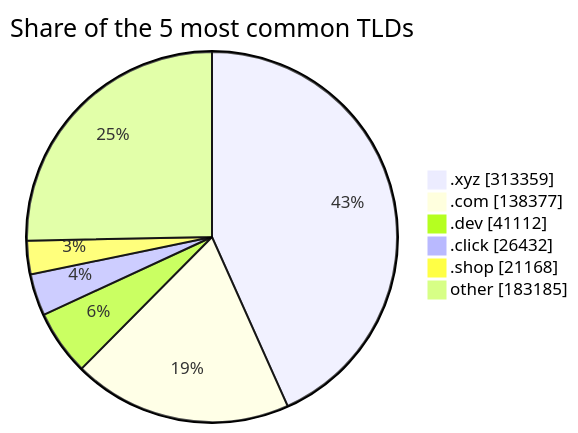
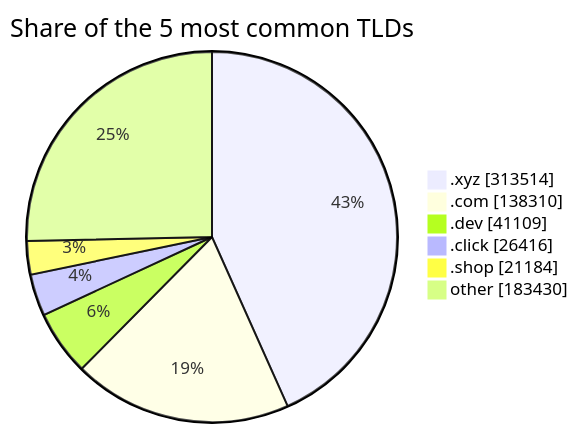
One commit to DNSBunker/CTI changed the third of 3 diagrams in README.md. Above: the diagram before and after it, drawn with Mermaid. The commit also changed other lines of this file and 3 other files, not shown here.

````diff
--- a/README.md
+++ b/README.md
@@ -81,9 +81,9 @@
 ```mermaid
 pie showData title Share of the 5 most common TLDs
-    ".xyz" : 313359
-    ".com" : 138377
-    ".dev" : 41112
-    ".click" : 26432
-    ".shop" : 21168
-    "other" : 183185
+    ".xyz" : 313514
+    ".com" : 138310
+    ".dev" : 41109
+    ".click" : 26416
+    ".shop" : 21184
+    "other" : 183430
 ```
````
